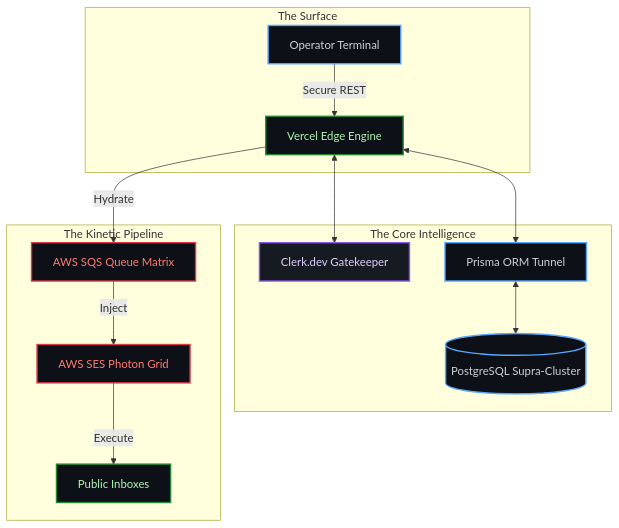
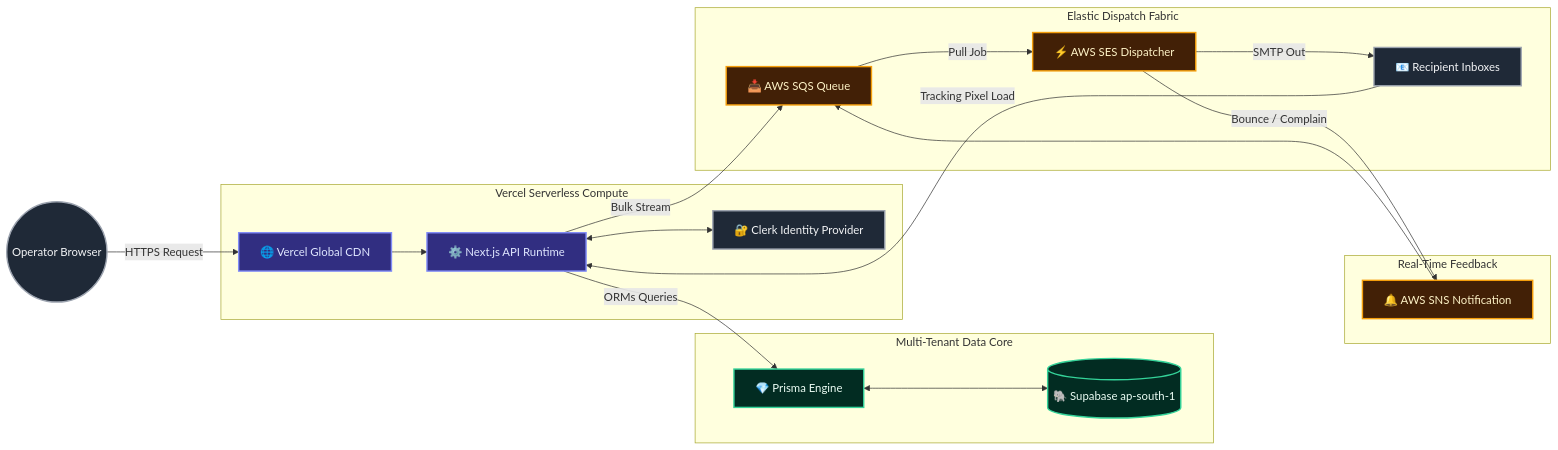
One commit to BhargavSaiShashank/TheAiSchool changed the diagram in README.md. Above: the diagram before and after it, drawn with Mermaid. The commit also changed other lines of this file, not shown here.

Commit message:
Docs: The Definitive Synthesis. Comprehensive hyper-detailed engineering documentation deployed with max aesthetic synthesis. Details absolute multi-tenant topology and precision performance metrics.

````diff
--- a/README.md
+++ b/README.md
@@ -36,24 +55,32 @@
 ```mermaid
-graph TD
-    %% Base Theme Styling
-    classDef core fill:#0d1117,stroke:#58a6ff,stroke-width:2px,color:#c9d1d9;
-    classDef auth fill:#161b22,stroke:#8957e5,stroke-width:2px,color:#e1d0ff;
-    classDef flow fill:#0d1117,stroke:#238636,stroke-width:2px,color:#aff5b4;
-    classDef warn fill:#0d1117,stroke:#d73a49,stroke-width:2px,color:#ff7b72;
+graph LR
+    %% Custom Node Classes
+    classDef user fill:#1f2937,stroke:#9ca3af,stroke-width:2px,color:#f3f4f6
+    classDef frontend fill:#312e81,stroke:#818cf8,stroke-width:2px,color:#e0e7ff
+    classDef database fill:#022c22,stroke:#34d399,stroke-width:2px,color:#ecfdf5
+    classDef queue fill:#422006,stroke:#f59e0b,stroke-width:2px,color:#fef3c7
 
-    subgraph CommandCenter [The Surface]
-        U[Operator Terminal]:::core -->|Secure REST| A[Vercel Edge Engine]:::flow
+    USR((Operator Browser)):::user -->|HTTPS Request| VRC[🌐 Vercel Global CDN]:::frontend
+    
+    subgraph Vercel Serverless Compute
+      VRC --> API[⚙️ Next.js API Runtime]:::frontend
+      API <--> CLK[🔐 Clerk Identity Provider]:::user
     end
 
-    subgraph Kernel [The Core Intelligence]
-        A <--> C[Clerk.dev Gatekeeper]:::auth
-        A <--> D[Prisma ORM Tunnel]:::core
-        D <--> DB[(PostgreSQL Supra-Cluster)]:::core
+    subgraph Multi-Tenant Data Core
+      API -->|ORMs Queries| PRS[💎 Prisma Engine]:::database
+      PRS <--> DB[(🐘 Supabase ap-south-1)]:::database
     end
 
-    subgraph Vector [The Kinetic Pipeline]
-        A -->|Hydrate| Q[AWS SQS Queue Matrix]:::warn
-        Q -->|Inject| S[AWS SES Photon Grid]:::warn
-        S -->|Execute| P[Public Inboxes]:::flow
+    subgraph Elastic Dispatch Fabric
+      API -->|Bulk Stream| SQS[📥 AWS SQS Queue]:::queue
+      SQS -->|Pull Job| LMD[⚡ AWS SES Dispatcher]:::queue
+      LMD -->|SMTP Out| SMTP[📧 Recipient Inboxes]:::user
+    end
+
+    subgraph Real-Time Feedback
+      SMTP -->|Tracking Pixel Load| API
+      LMD -->|Bounce / Complain| SNS[🔔 AWS SNS Notification]:::queue
+      SNS --> SQS
     end
 ```
````
